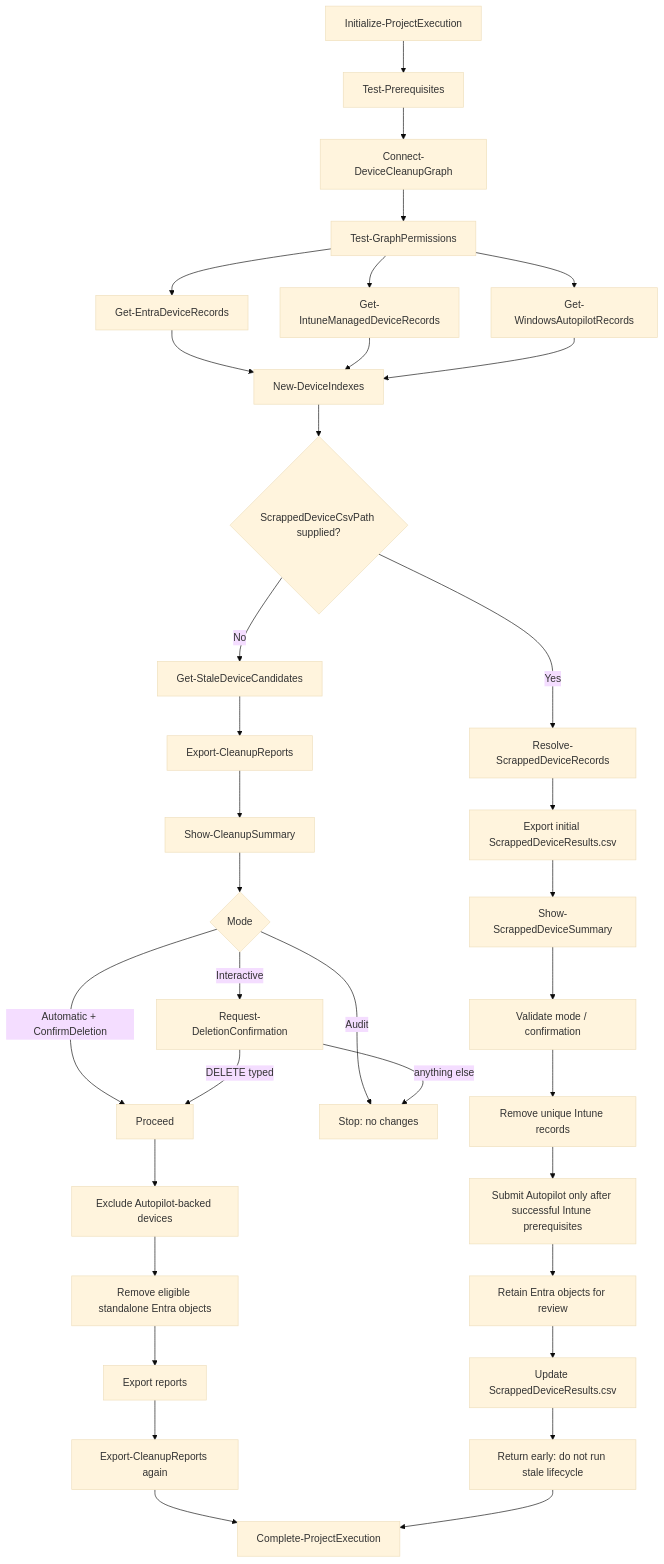
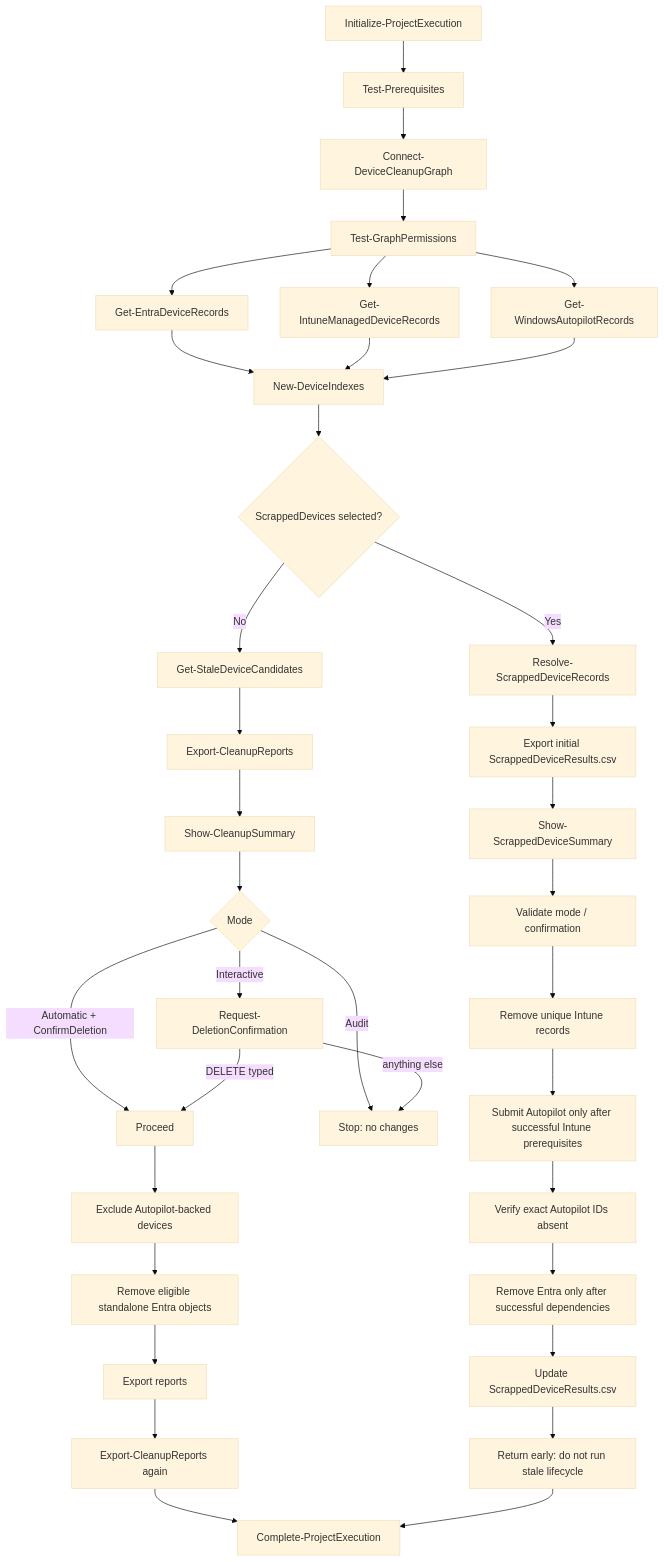
Before and after one commit to AteaTom/delete-stale-device-records-msgraph: the diagram in docs/Architecture.md, drawn with Mermaid (base theme). The commit also changed other lines of this file and 18 other files, not shown here.

First line of the commit message:
Add guarded all-service scrapped device cleanup

````diff
--- a/docs/Architecture.md
+++ b/docs/Architecture.md
@@ -8,37 +8,38 @@
 ```mermaid
 flowchart TD
     A[Initialize-ProjectExecution] --> B[Test-Prerequisites]
     B --> C[Connect-DeviceCleanupGraph]
     C --> D[Test-GraphPermissions]
     D --> E[Get-EntraDeviceRecords]
     D --> F[Get-IntuneManagedDeviceRecords]
     D --> G[Get-WindowsAutopilotRecords]
     E --> H[New-DeviceIndexes]
     F --> H
     G --> H
-    H --> X{ScrappedDeviceCsvPath supplied?}
+    H --> X{ScrappedDevices selected?}
     X -->|Yes| Y[Resolve-ScrappedDeviceRecords]
    Y --> Y1[Export initial ScrappedDeviceResults.csv]
    Y1 --> Y2[Show-ScrappedDeviceSummary]
    Y2 --> Z1[Validate mode / confirmation]
    Z1 --> ZA[Remove unique Intune records]
     ZA --> ZB[Submit Autopilot only after successful Intune prerequisites]
-    ZB --> ZC[Retain Entra objects for review]
+    ZB --> ZV[Verify exact Autopilot IDs absent]
+    ZV --> ZC[Remove Entra only after successful dependencies]
     ZC --> Z3[Update ScrappedDeviceResults.csv]
     Z3 --> Z4[Return early: do not run stale lifecycle]
     X -->|No| I[Get-StaleDeviceCandidates]
     I --> J[Export-CleanupReports]
     J --> K[Show-CleanupSummary]
     K --> L{Mode}
     L -->|Audit| M[Stop: no changes]
     L -->|Interactive| N[Request-DeletionConfirmation]
     L -->|Automatic + ConfirmDeletion| O[Proceed]
     N -->|DELETE typed| O
     N -->|anything else| M
    O --> P[Exclude Autopilot-backed devices]
    P --> T[Remove eligible standalone Entra objects]
     T --> V[Export reports]
     V --> W[Export-CleanupReports again]
     W --> Z5[Complete-ProjectExecution]
     Z4 --> Z5
 ```
````
